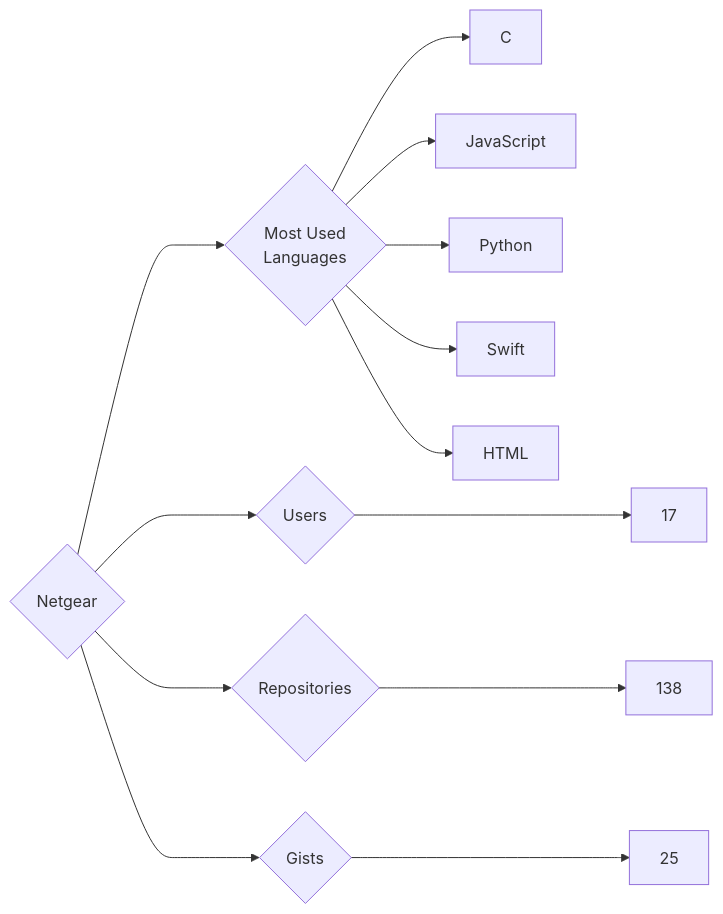
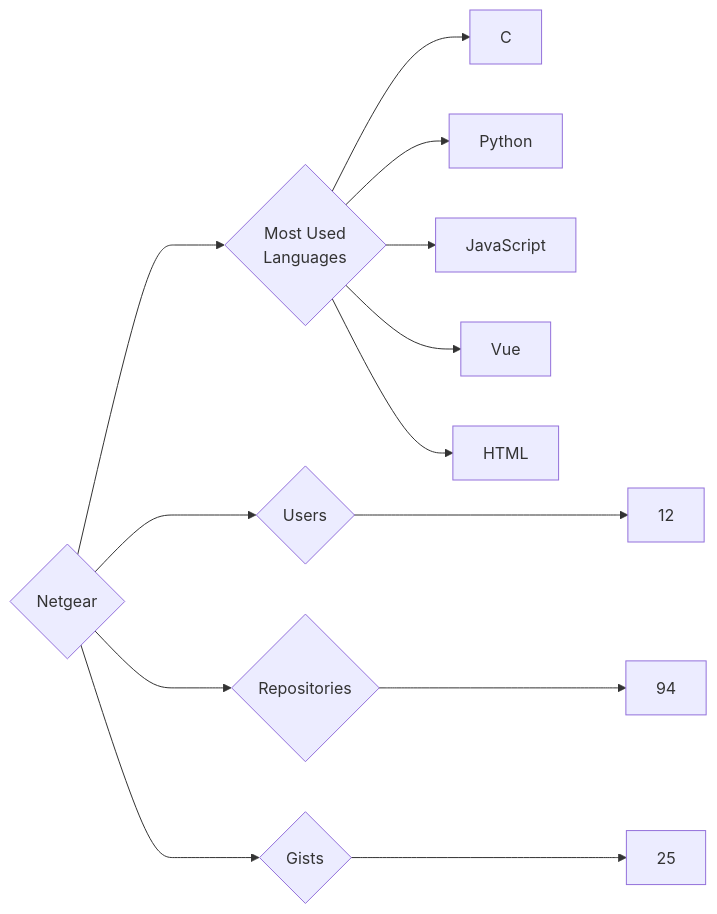
Before and after one commit to trickest/insiders: the diagram in targets/Netgear/README.md, drawn with Mermaid. The commit also changed 765 other files, not shown here.

````diff
--- a/targets/Netgear/README.md
+++ b/targets/Netgear/README.md
@@ -3,13 +3,13 @@
 ```mermaid
 graph LR
 COMPANY_NAME{Netgear}
-COMPANY_NAME ---> U{Users} ---> UN[17]
-COMPANY_NAME ---> R{Repositories} ---> RN[138]
+COMPANY_NAME ---> U{Users} ---> UN[12]
+COMPANY_NAME ---> R{Repositories} ---> RN[94]
 COMPANY_NAME ---> G{Gists} ---> GN[25]
 COMPANY_NAME ---> ML{Most Used<br>Languages}
 ML --> C[C]
+ML --> Python[Python]
 ML --> JavaScript[JavaScript]
-ML --> Python[Python]
-ML --> Swift[Swift]
+ML --> Vue[Vue]
 ML --> HTML[HTML]
 ```
````
